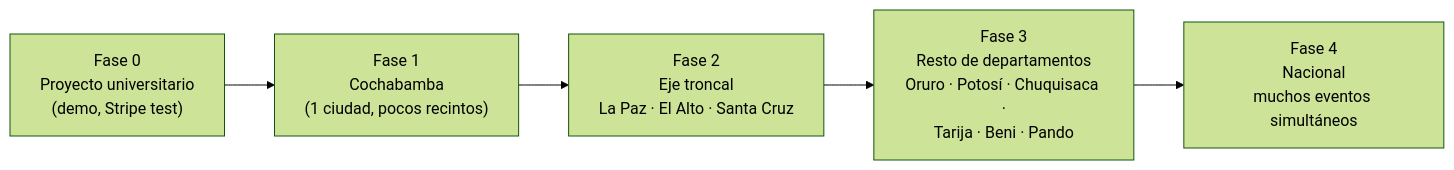
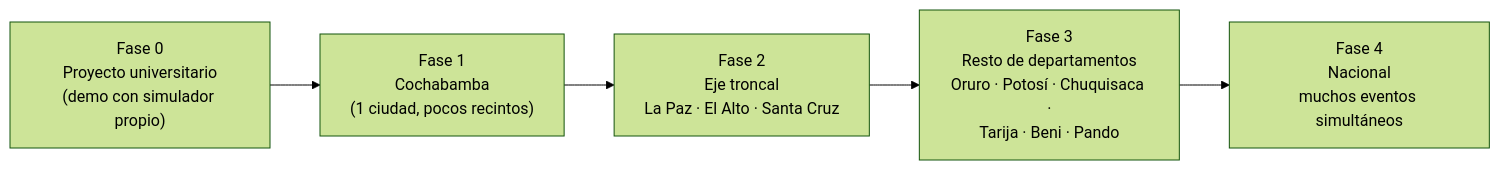
One commit to oliver-franz123/ticketing-app changed the diagram in Sistemas_Distribuidos/docs/01-vision-y-alcance.md. Above: the diagram before and after it, drawn with Mermaid (forest theme). The commit also changed other lines of this file and 17 other files, not shown here.

````diff
--- a/Sistemas_Distribuidos/docs/01-vision-y-alcance.md
+++ b/Sistemas_Distribuidos/docs/01-vision-y-alcance.md
@@ -42,7 +42,7 @@
 ```mermaid
 flowchart LR
-    F0["Fase 0<br/>Proyecto universitario<br/>(demo, Stripe test)"] --> F1["Fase 1<br/>Cochabamba<br/>(1 ciudad, pocos recintos)"]
+    F0["Fase 0<br/>Proyecto universitario<br/>(demo con simulador propio)"] --> F1["Fase 1<br/>Cochabamba<br/>(1 ciudad, pocos recintos)"]
     F1 --> F2["Fase 2<br/>Eje troncal<br/>La Paz · El Alto · Santa Cruz"]
     F2 --> F3["Fase 3<br/>Resto de departamentos<br/>Oruro · Potosí · Chuquisaca ·<br/>Tarija · Beni · Pando"]
     F3 --> F4["Fase 4<br/>Nacional<br/>muchos eventos simultáneos"]
 ```
````
